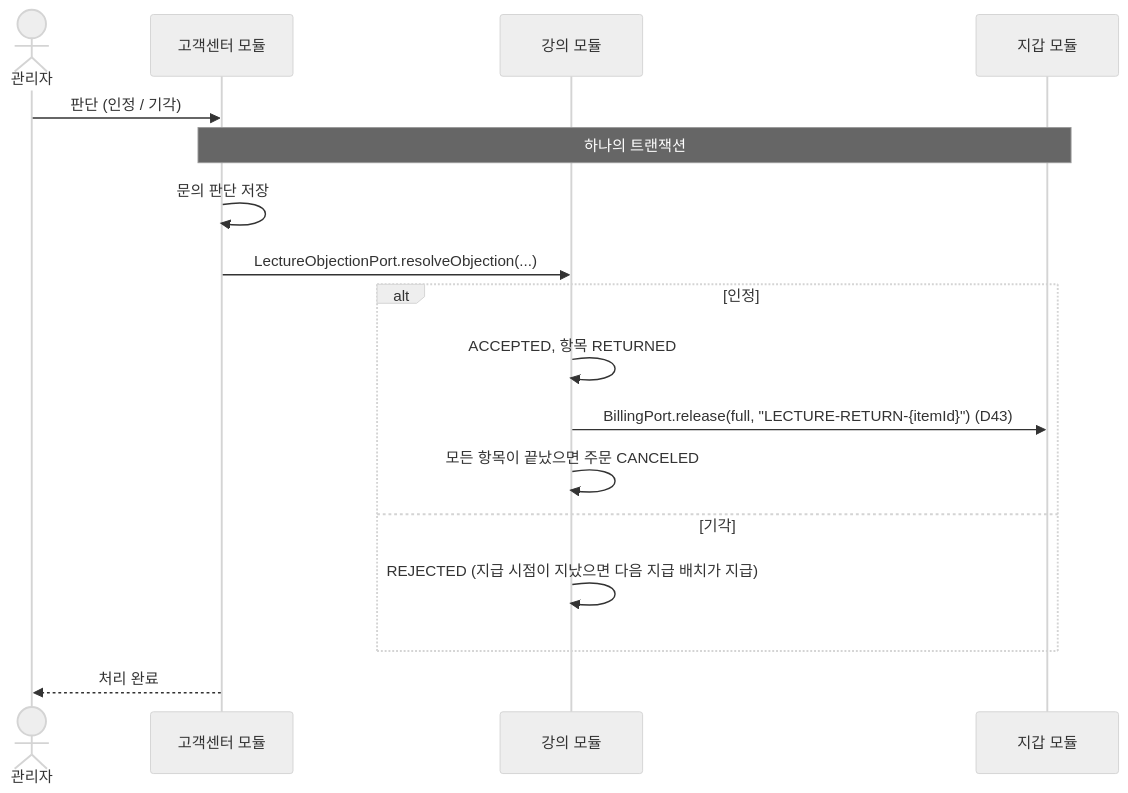
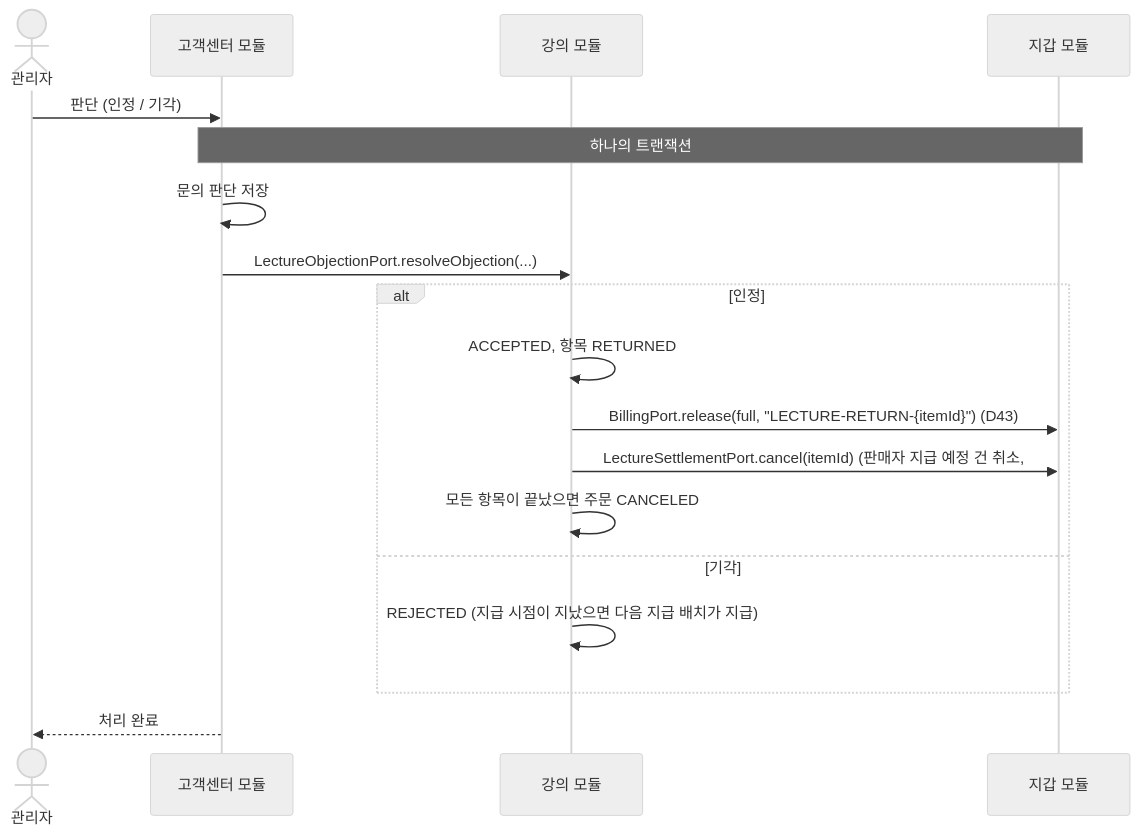
One commit to prgrms-be-adv-devcourse/beadv8_8_LMS_BE changed the ninth of 9 diagrams in docs/design/lecture-module.md. Above: the diagram before and after it, drawn with Mermaid (neutral theme). The commit also changed other lines of this file and 4 other files, not shown here.

````diff
--- a/docs/design/lecture-module.md
+++ b/docs/design/lecture-module.md
@@ -488,19 +488,20 @@
 ```mermaid
 sequenceDiagram
     actor A as 관리자
     participant CS as 고객센터 모듈
     participant LEC as 강의 모듈
     participant WAL as 지갑 모듈
     A->>CS: 판단 (인정 / 기각)
     Note over CS,WAL: 하나의 트랜잭션
     CS->>CS: 문의 판단 저장
     CS->>LEC: LectureObjectionPort.resolveObjection(...)
     alt 인정
         LEC->>LEC: ACCEPTED, 항목 RETURNED
         LEC->>WAL: BillingPort.release(full, "LECTURE-RETURN-{itemId}") (D43)
+        LEC->>WAL: LectureSettlementPort.cancel(itemId) (판매자 지급 예정 건 취소, #182)
         LEC->>LEC: 모든 항목이 끝났으면 주문 CANCELED
     else 기각
         LEC->>LEC: REJECTED (지급 시점이 지났으면 다음 지급 배치가 지급)
     end
     CS-->>A: 처리 완료
 ```
````
